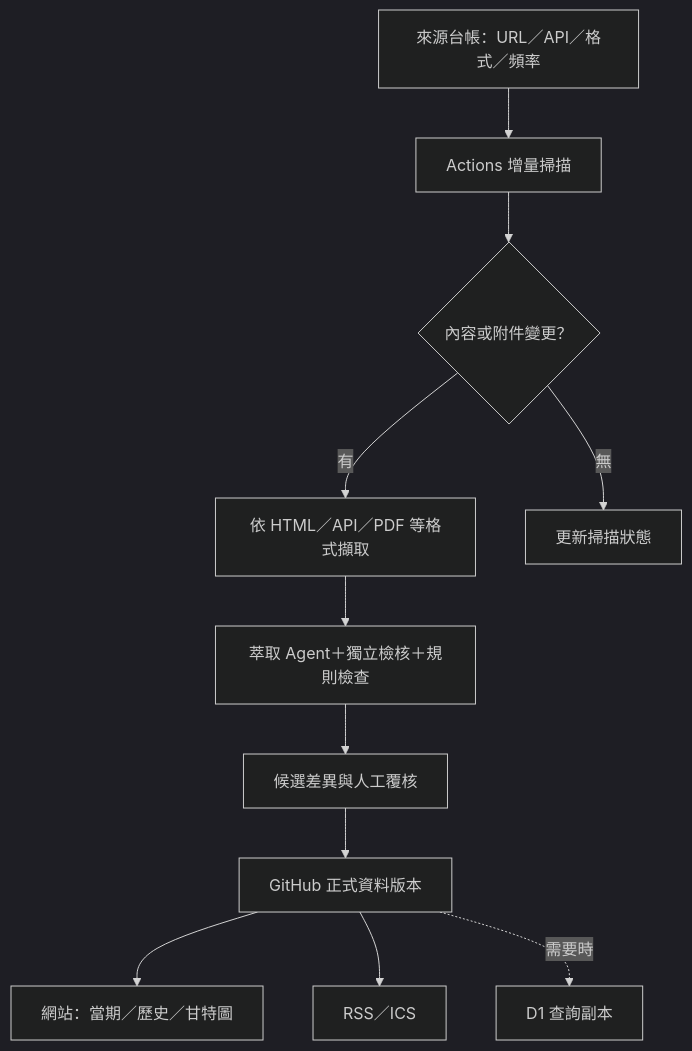
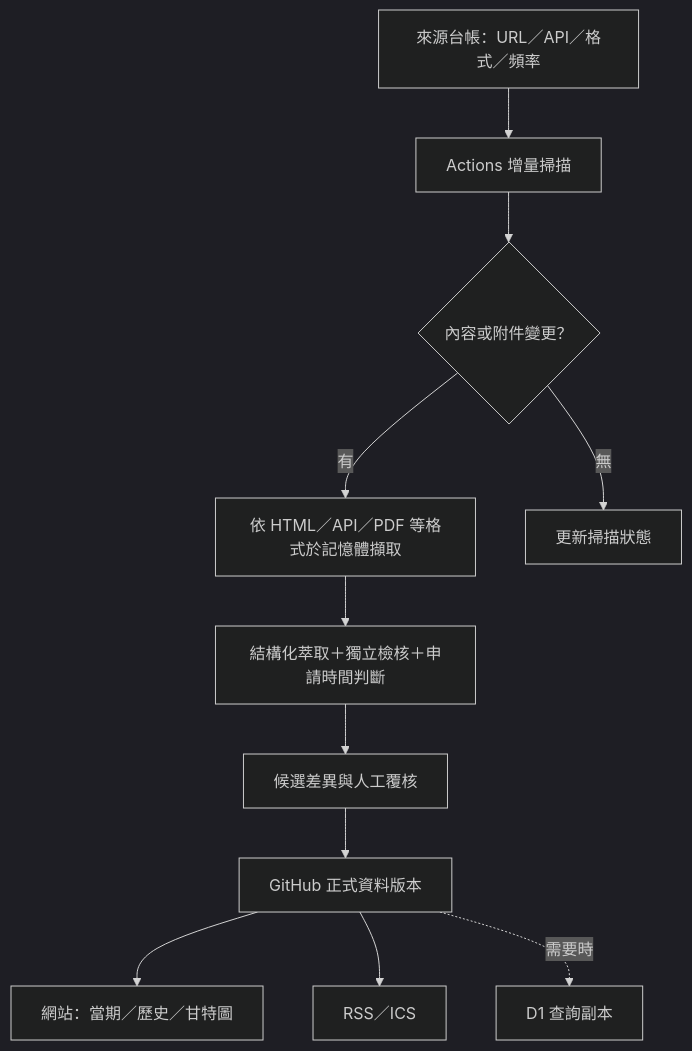
Before and after one commit to matt-ye/opengsa: the second of 2 diagrams in README.md, drawn with Mermaid (dark theme). The commit also changed other lines of this file and 15 other files, not shown here.

Commit message:
feat: implement candidate schema, structured extraction, independent verification, and deadline/eligibility engine

````diff
--- a/README.md
+++ b/README.md
@@ -57,13 +58,13 @@
 ```mermaid
 flowchart TD
  A[來源台帳：URL／API／格式／頻率] --> B[Actions 增量掃描]
  B --> C{內容或附件變更？}
- C -->|有| D[依 HTML／API／PDF 等格式擷取]
- D --> E[萃取 Agent＋獨立檢核＋規則檢查]
+ C -->|有| D[依 HTML／API／PDF 等格式於記憶體擷取]
+ D --> E[結構化萃取＋獨立檢核＋申請時間判斷]
  E --> F[候選差異與人工覆核]
  F --> G[GitHub 正式資料版本]
  G --> H[網站：當期／歷史／甘特圖]
  G --> I[RSS／ICS]
  C -->|無| J[更新掃描狀態]
  G -.需要時.-> K[D1 查詢副本]
 ```
````
